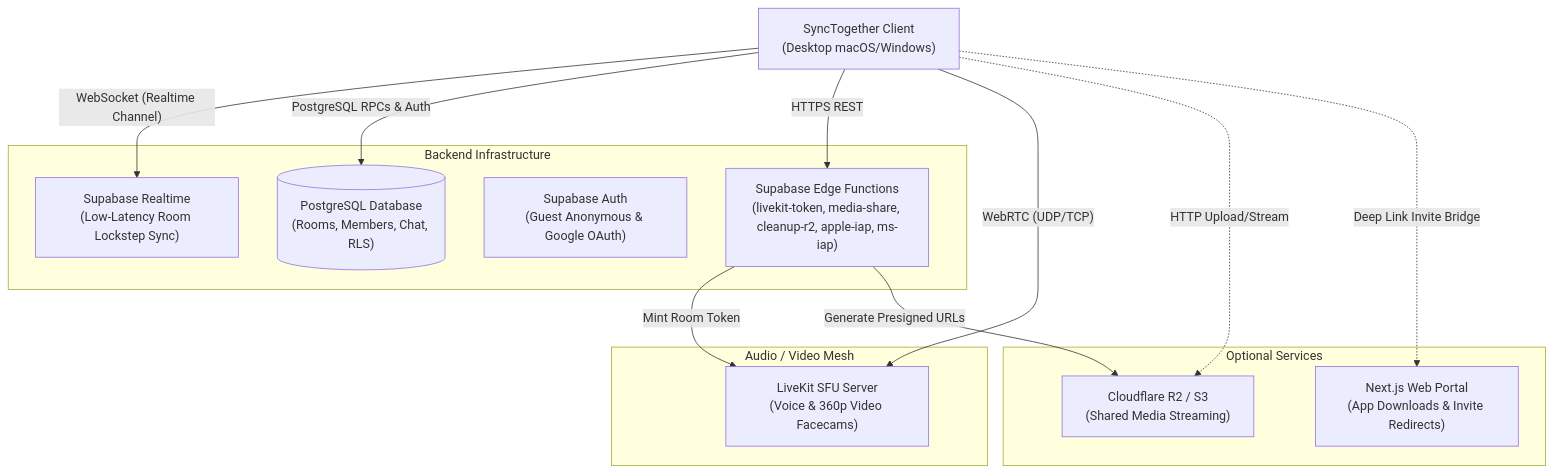
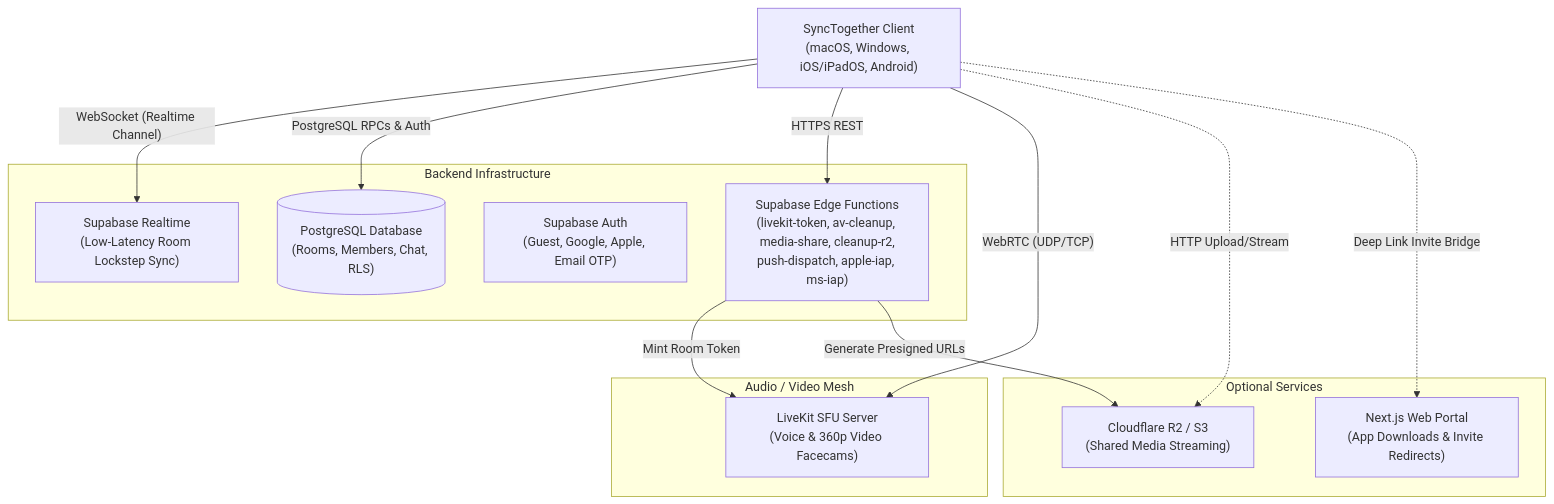
Before and after one commit to shubhamsinghshubham777/synctogether: the diagram in docs/self-hosting.md, drawn with Mermaid. The commit also changed other lines of this file and 13 other files, not shown here.

First line of the commit message:
docs: audit every doc against the code - website env and routes, self-hosting diagram and defines, missing toggles, stale agent-note identifiers

````diff
--- a/docs/self-hosting.md
+++ b/docs/self-hosting.md
@@ -14,29 +14,29 @@
 ```mermaid
 flowchart TD
-    Client["SyncTogether Client<br/>(Desktop macOS/Windows)"]
+    Client["SyncTogether Client<br/>(macOS, Windows, iOS/iPadOS, Android)"]
     
     subgraph Backend ["Backend Infrastructure"]
         DB[("PostgreSQL Database<br/>(Rooms, Members, Chat, RLS)")]
         Realtime["Supabase Realtime<br/>(Low-Latency Room Lockstep Sync)"]
-        Auth["Supabase Auth<br/>(Guest Anonymous & Google OAuth)"]
-        Functions["Supabase Edge Functions<br/>(livekit-token, media-share, cleanup-r2, apple-iap, ms-iap)"]
+        Auth["Supabase Auth<br/>(Guest, Google, Apple, Email OTP)"]
+        Functions["Supabase Edge Functions<br/>(livekit-token, av-cleanup, media-share, cleanup-r2,<br/>push-dispatch, apple-iap, ms-iap)"]
     end
 
     subgraph AV ["Audio / Video Mesh"]
         LiveKit["LiveKit SFU Server<br/>(Voice & 360p Video Facecams)"]
     end
 
     subgraph Optional ["Optional Services"]
         R2["Cloudflare R2 / S3<br/>(Shared Media Streaming)"]
         Web["Next.js Web Portal<br/>(App Downloads & Invite Redirects)"]
     end
 
     Client -->|"WebSocket (Realtime Channel)"| Realtime
     Client -->|"PostgreSQL RPCs & Auth"| DB
     Client -->|"HTTPS REST"| Functions
     Client -->|"WebRTC (UDP/TCP)"| LiveKit
     Client -.->|"HTTP Upload/Stream"| R2
     Client -.->|"Deep Link Invite Bridge"| Web
     Functions -->|"Mint Room Token"| LiveKit
     Functions -->|"Generate Presigned URLs"| R2
 ```
````
